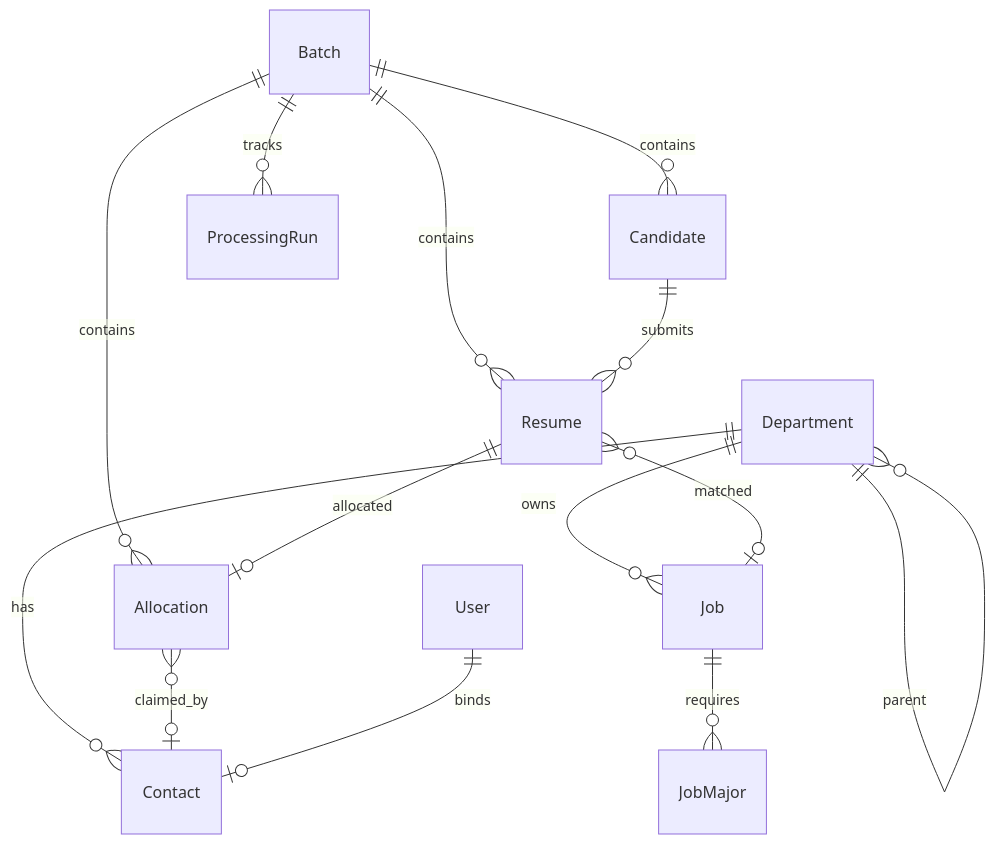
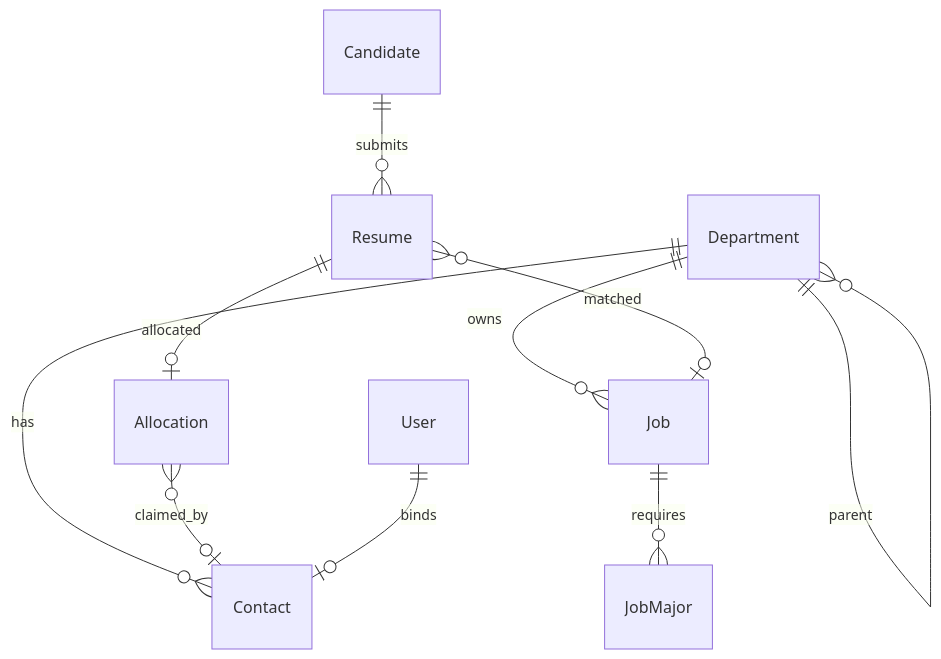
One commit to huyue0228/smart-resume-filter changed the diagram in 数据库设计.md. Above: the diagram before and after it, drawn with Mermaid. The commit also changed other lines of this file and 1 other file, not shown here.

````diff
--- a/数据库设计.md
+++ b/数据库设计.md
@@ -15,19 +15,14 @@
 ```mermaid
 erDiagram
     Department ||--o{ Department : parent
     Department ||--o{ Contact : has
     Department ||--o{ Job : owns
     Job ||--o{ JobMajor : requires
-
-    Batch ||--o{ Candidate : contains
-    Batch ||--o{ Resume : contains
-    Batch ||--o{ Allocation : contains
-    Batch ||--o{ ProcessingRun : tracks
 
     Candidate ||--o{ Resume : submits
     Resume ||--o| Allocation : allocated
     Resume }o--o| Job : matched
     Allocation }o--o| Contact : claimed_by
 
     User ||--o| Contact : binds
 ```
````
